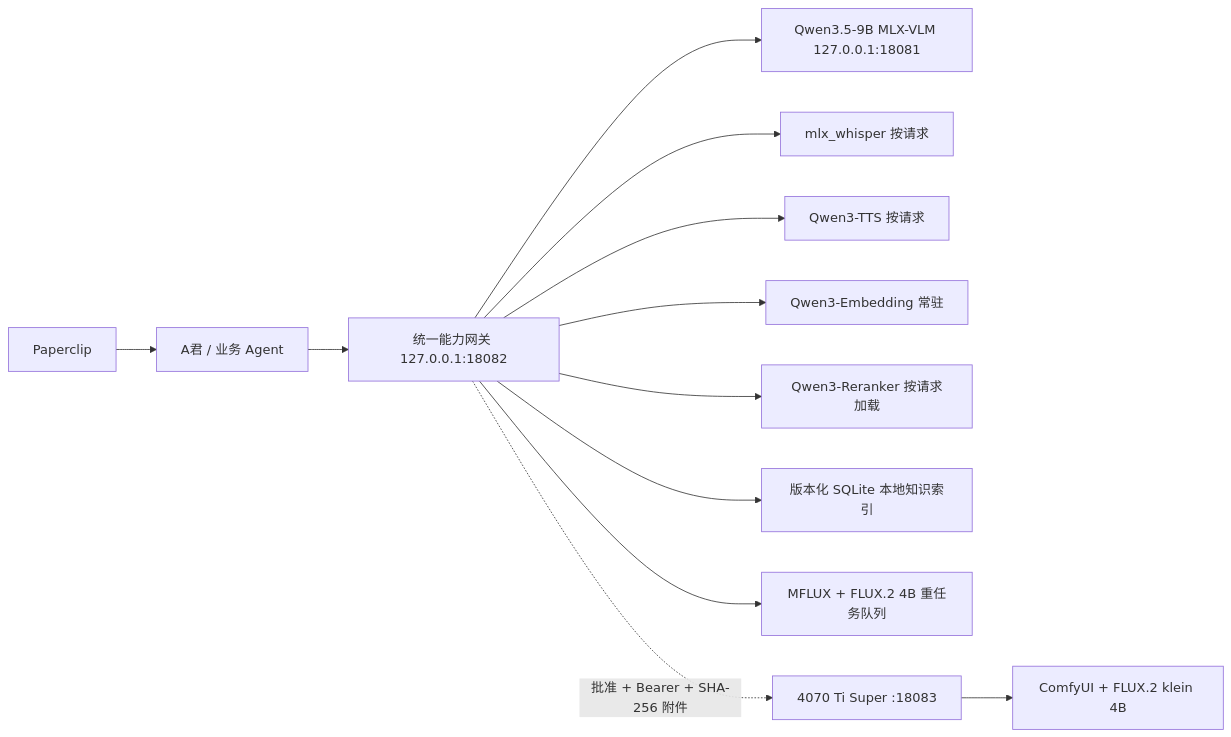
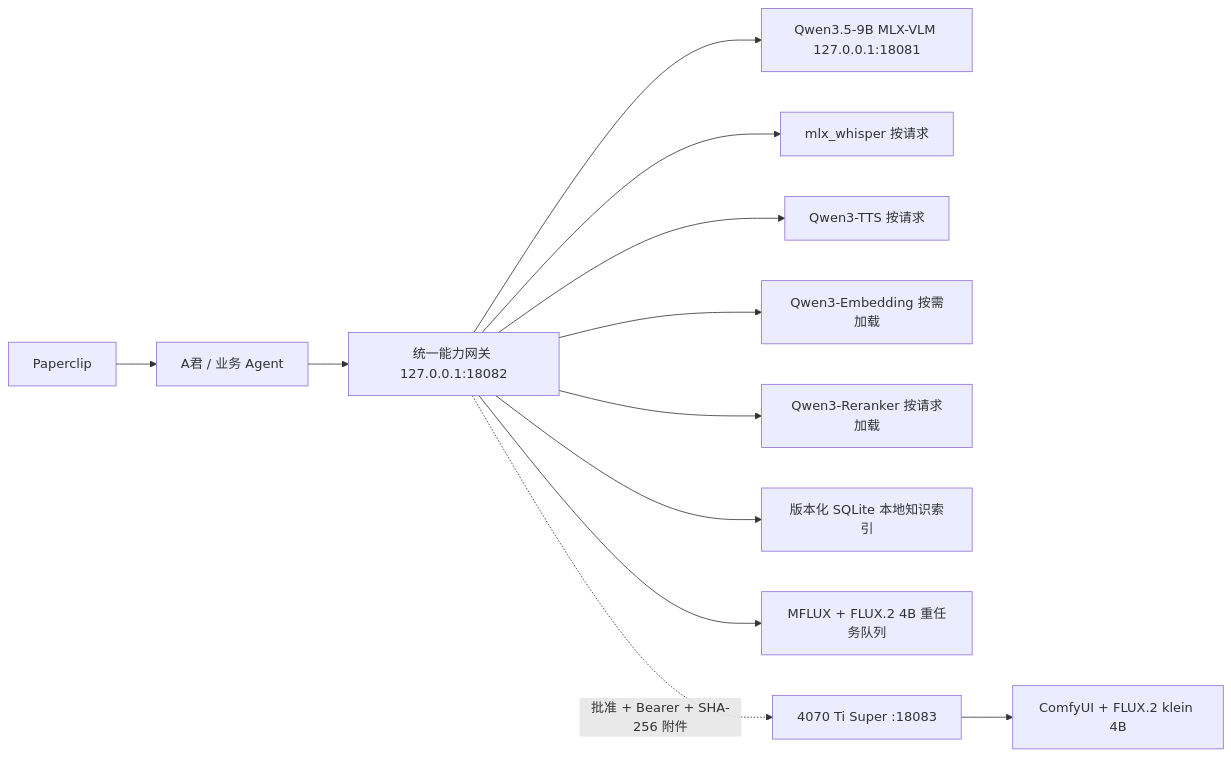
Before and after one commit to kileroppo/agent-agent: the diagram in docs/architecture/local-ai-capability-system.md, drawn with Mermaid. The commit also changed other lines of this file and 88 other files, not shown here.

````diff
--- a/docs/architecture/local-ai-capability-system.md
+++ b/docs/architecture/local-ai-capability-system.md
@@ -16,14 +18,14 @@
 ```mermaid
 flowchart LR
   A["A君 / 业务 Agent"] --> G["统一能力网关 127.0.0.1:18082"]
   G --> Q["Qwen3.5-9B MLX-VLM 127.0.0.1:18081"]
   G --> W["mlx_whisper 按请求"]
   G --> T["Qwen3-TTS 按请求"]
-  G --> E["Qwen3-Embedding 常驻"]
+  G --> E["Qwen3-Embedding 按需加载"]
   G --> R["Qwen3-Reranker 按请求加载"]
   G --> K["版本化 SQLite 本地知识索引"]
   G --> F["MFLUX + FLUX.2 4B 重任务队列"]
   G -. "批准 + Bearer + SHA-256 附件" .-> D["4070 Ti Super :18083"]
   D --> C["ComfyUI + FLUX.2 klein 4B"]
   P["Paperclip"] --> A
 ```
````
